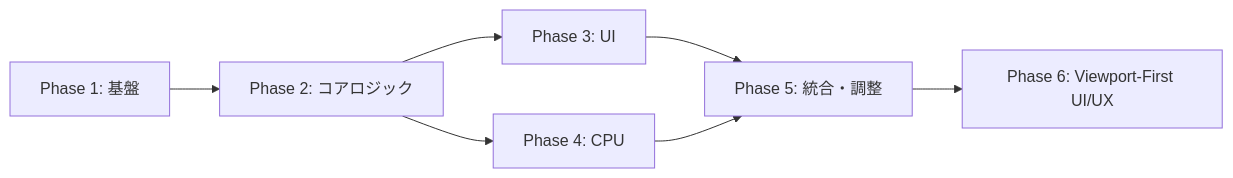
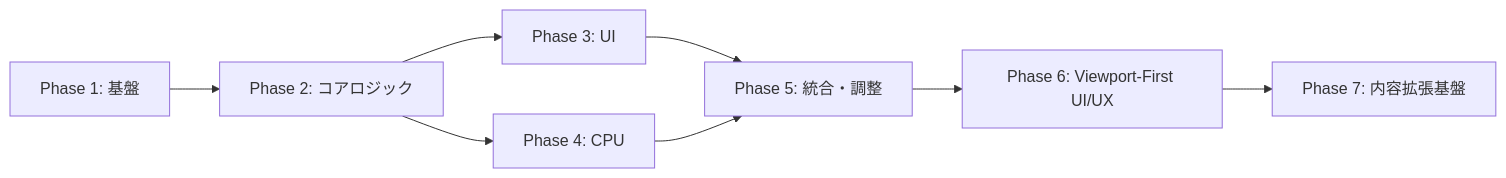
One commit to totoko00/fixed-deck-tcg changed the diagram in tasks.md. Above: the diagram before and after it, drawn with Mermaid. The commit also changed other lines of this file and 11 other files, not shown here.

````diff
--- a/tasks.md
+++ b/tasks.md
@@ -310,9 +342,10 @@
 ```mermaid
 graph LR
     P1[Phase 1: 基盤] --> P2[Phase 2: コアロジック]
     P2 --> P3[Phase 3: UI]
     P2 --> P4[Phase 4: CPU]
     P3 --> P5[Phase 5: 統合・調整]
     P4 --> P5
     P5 --> P6[Phase 6: Viewport-First UI/UX]
+    P6 --> P7[Phase 7: 内容拡張基盤]
 ```
````
